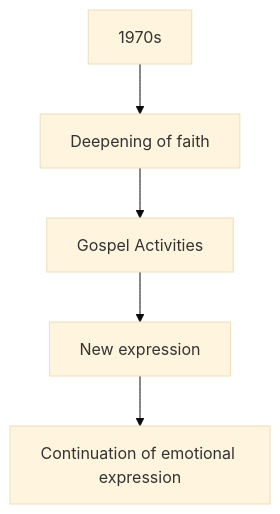
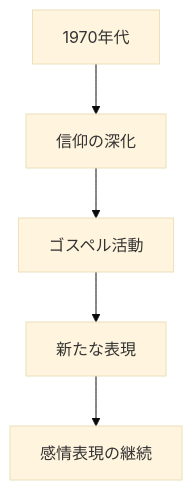
Before and after one commit to monumental-movement/monumental-movement.github.io: the eighth of 11 diagrams in en/_posts/2026-05-16-column-wanda-jackson.md, drawn with Mermaid (base theme). The commit also changed other lines of this file and 2196 other files, not shown here.

```diff
--- a/en/_posts/2026-05-16-column-wanda-jackson.md
+++ b/en/_posts/2026-05-16-column-wanda-jackson.md
@@ -242,7 +242,7 @@
 <div class="mermaid">
 graph TD
-A["1970s"] --> B["Deepening of faith"]
-B --> C["Gospel Activities"]
-C --> D["New expression"]
-D --> E["Continuation of emotional expression"]
+A["1970年代"] --> B["信仰の深化"]
+B --> C["ゴスペル活動"]
+C --> D["新たな表現"]
+D --> E["感情表現の継続"]
 </div>
```
